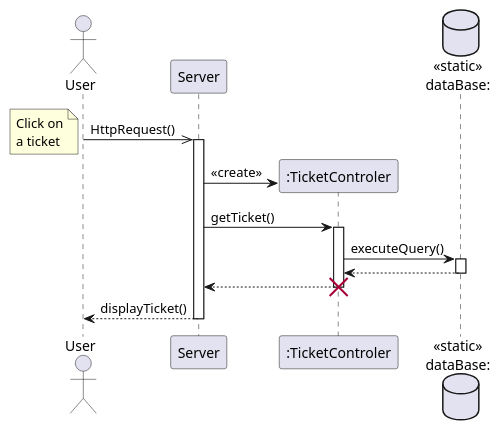
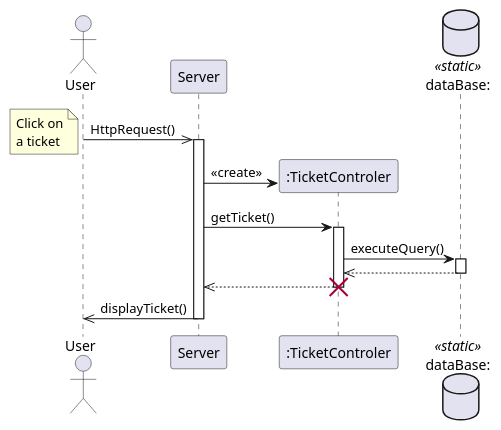
One commit to dorianleveque/CoHub changed the diagram in docs/UML/consulter un ticket.puml. Above: the diagram before and after it, drawn with PlantUML. The commit also changed 5 other files, not shown here.

Commit message:
correction des flèches des diagrammes ainsi que des stéréotypes + ajout de quelques diagrammes

```diff
--- a/docs/UML/consulter un ticket.puml
+++ b/docs/UML/consulter un ticket.puml
@@ -1,32 +1,32 @@
 @startuml consulter un ticket
 
 actor client as "User" order 1 
 participant server as "Server"   order 2
-database bdd as "<<static>>\ndataBase:" order 4
+database bdd as "dataBase:" <<static>> order 4
 
 client ->> server : HttpRequest()
 activate server
 note left : Click on\na ticket
 create ticketCtrl as ":TicketControler" order 3
 server -> ticketCtrl : <<create>>
 
 server -> ticketCtrl : getTicket()
 activate ticketCtrl
 
 ticketCtrl -> bdd : executeQuery()
 activate bdd
-bdd --> ticketCtrl
+bdd -->> ticketCtrl
 deactivate bdd
 
-ticketCtrl --> server
+ticketCtrl -->> server
 deactivate ticketCtrl
 destroy ticketCtrl
 
-server --> client : displayTicket()
+server ->> client : displayTicket()
 deactivate server
 
 
 
 
 
 @enduml
```
